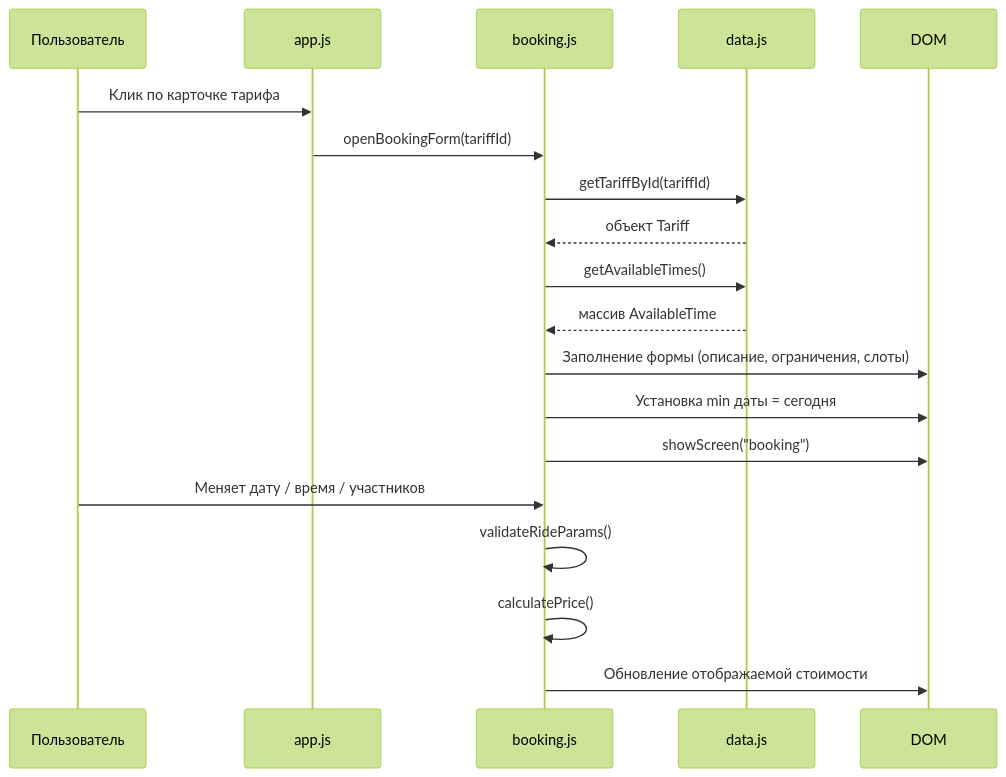
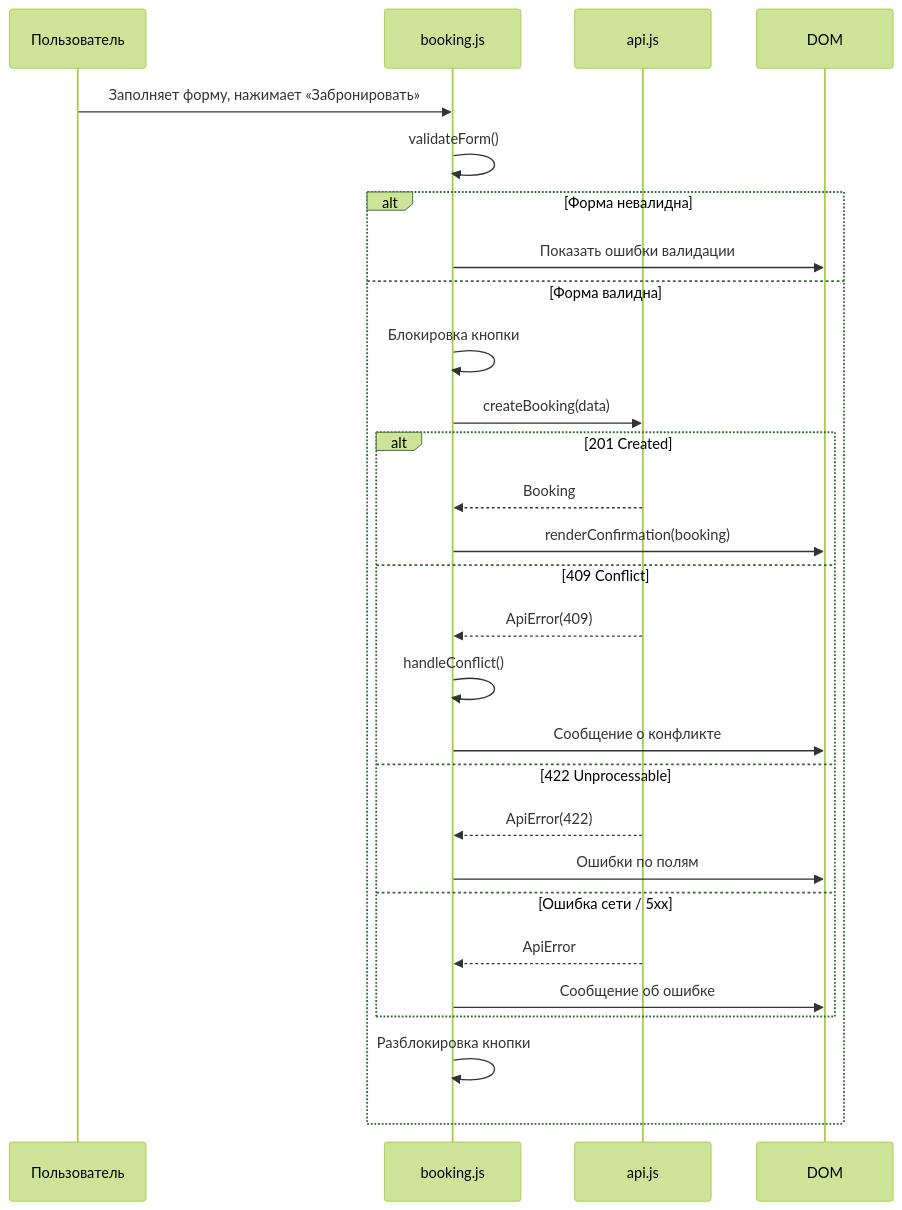
The fifth of 7 diagrams in docs/02-architecture.md (Terehov380/karting-apex), drawn with Mermaid (forest theme) before and after one commit. The commit also changed other lines of this file and 6 other files, not shown here.

````diff
--- a/docs/02-architecture.md
+++ b/docs/02-architecture.md
@@ -271,22 +307,31 @@
 ```mermaid
 sequenceDiagram
     participant User as Пользователь
-    participant App as app.js
     participant Book as booking.js
-    participant Data as data.js
+    participant API as api.js
     participant DOM as DOM
 
-    User->>App: Клик по карточке тарифа
-    App->>Book: openBookingForm(tariffId)
-    Book->>Data: getTariffById(tariffId)
-    Data-->>Book: объект Tariff
-    Book->>Data: getAvailableTimes()
-    Data-->>Book: массив AvailableTime
-    Book->>DOM: Заполнение формы (описание, ограничения, слоты)
-    Book->>DOM: Установка min даты = сегодня
-    Book->>DOM: showScreen("booking")
-    User->>Book: Меняет дату / время / участников
-    Book->>Book: validateRideParams()
-    Book->>Book: calculatePrice()
-    Book->>DOM: Обновление отображаемой стоимости
+    User->>Book: Заполняет форму, нажимает «Забронировать»
+    Book->>Book: validateForm()
+    alt Форма невалидна
+        Book->>DOM: Показать ошибки валидации
+    else Форма валидна
+        Book->>Book: Блокировка кнопки
+        Book->>API: createBooking(data)
+        alt 201 Created
+            API-->>Book: Booking
+            Book->>DOM: renderConfirmation(booking)
+        else 409 Conflict
+            API-->>Book: ApiError(409)
+            Book->>Book: handleConflict()
+            Book->>DOM: Сообщение о конфликте
+        else 422 Unprocessable
+            API-->>Book: ApiError(422)
+            Book->>DOM: Ошибки по полям
+        else Ошибка сети / 5xx
+            API-->>Book: ApiError
+            Book->>DOM: Сообщение об ошибке
+        end
+        Book->>Book: Разблокировка кнопки
+    end
 ```
````
